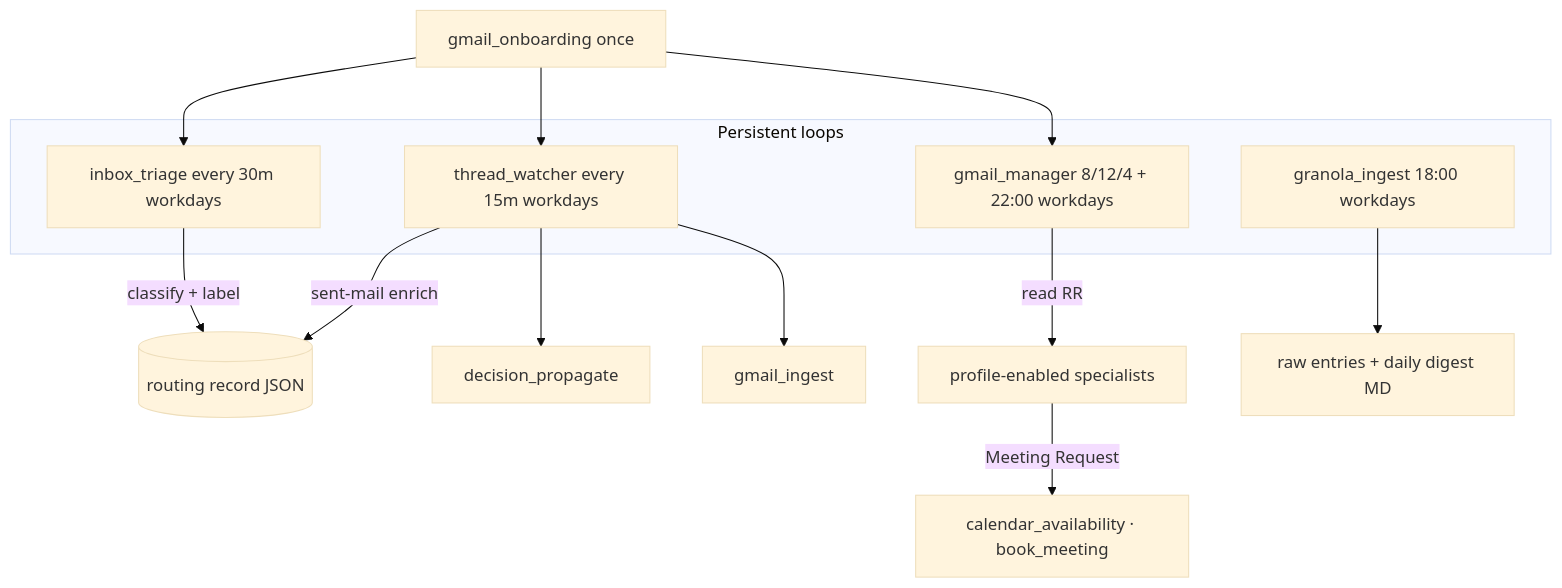
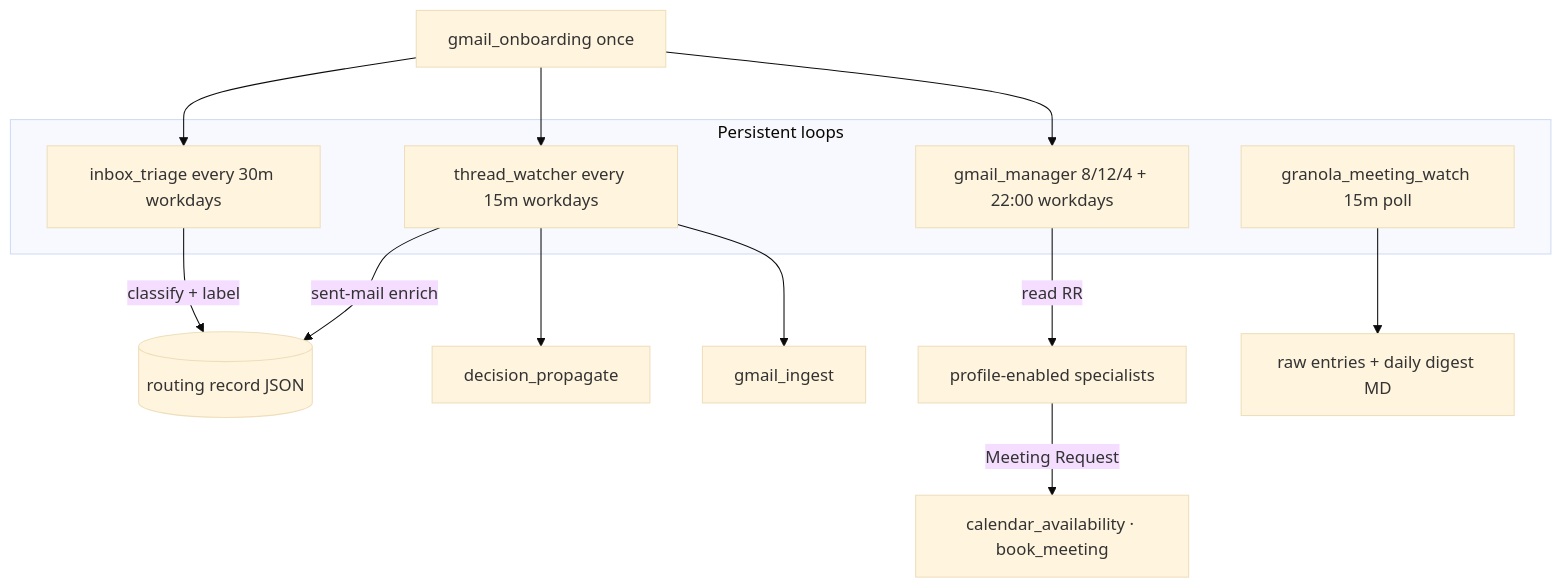
One commit to NickyHeC/4r7a changed the first of 2 diagrams in docs/agents/operations.md. Above: the diagram before and after it, drawn with Mermaid (base theme). The commit also changed other lines of this file and 56 other files, not shown here.

````diff
--- a/docs/agents/operations.md
+++ b/docs/agents/operations.md
@@ -28,17 +28,17 @@
 ```mermaid
 flowchart TD
   subgraph persistent [Persistent loops]
     IT[inbox_triage every 30m workdays]
     TW[thread_watcher every 15m workdays]
     GM[gmail_manager 8/12/4 + 22:00 workdays]
-    GR[granola_ingest 18:00 workdays]
+    GR[granola_meeting_watch 15m poll]
   end
   IT -->|classify + label| RR[(routing record JSON)]
   TW -->|sent-mail enrich| RR
   GM -->|read RR| SPEC[profile-enabled specialists]
   TW --> DP[decision_propagate]
   TW --> GI[gmail_ingest]
   ON[gmail_onboarding once] --> IT & TW & GM
   SPEC -->|Meeting Request| GCAL[calendar_availability · book_meeting]
   GR --> WIKI[raw entries + daily digest MD]
 ```
````
